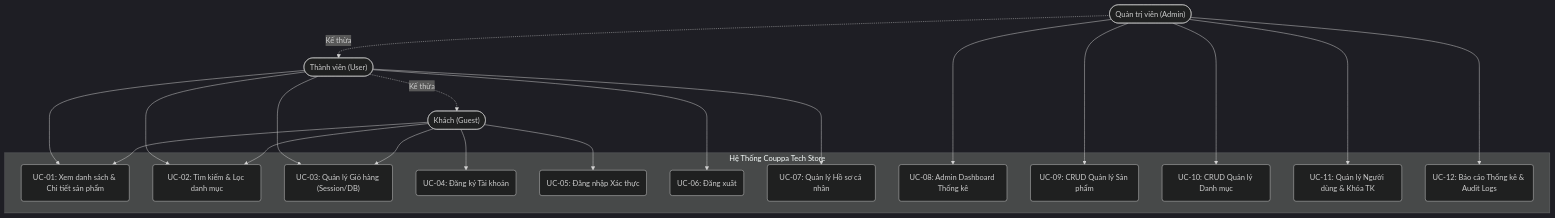
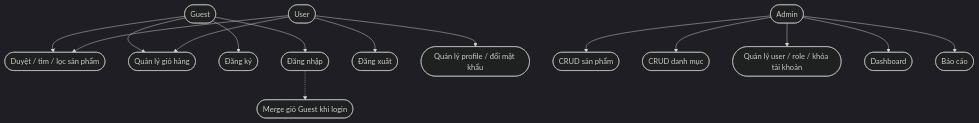
The second of 5 diagrams in BAO_CAO_DO_AN.md (dangdinhphuong/IT38.BTL.005---N8---08---LT-Web-N-ng-Cao), drawn with Mermaid (dark theme) before and after one commit. The commit also changed other lines of this file and 81 other files, not shown here.

````diff
--- a/BAO_CAO_DO_AN.md
+++ b/BAO_CAO_DO_AN.md
@@ -118,38 +233,34 @@
 ```mermaid
-graph TD
-    subgraph System ["Hệ Thống Couppa Tech Store"]
-        UC1("UC-01: Xem danh sách & Chi tiết sản phẩm")
-        UC2("UC-02: Tìm kiếm & Lọc danh mục")
-        UC3("UC-03: Quản lý Giỏ hàng (Session/DB)")
-        UC4("UC-04: Đăng ký Tài khoản")
-        UC5("UC-05: Đăng nhập Xác thực")
-        UC6("UC-06: Đăng xuất")
-        UC7("UC-07: Quản lý Hồ sơ cá nhân")
-        UC8("UC-08: Admin Dashboard Thống kê")
-        UC9("UC-09: CRUD Quản lý Sản phẩm")
-        UC10("UC-10: CRUD Quản lý Danh mục")
-        UC11("UC-11: Quản lý Người dùng & Khóa TK")
-        UC12("UC-12: Báo cáo Thống kê & Audit Logs")
-    end
+flowchart TB
+    Guest(["Guest"])
+    User(["User"])
+    Admin(["Admin"])
 
-    Guest(["Khách (Guest)"]) --> UC1
-    Guest --> UC2
-    Guest --> UC3
-    Guest --> UC4
-    Guest --> UC5
+    Browse(["Duyệt / tìm / lọc sản phẩm"])
+    Cart(["Quản lý giỏ hàng"])
+    Register(["Đăng ký"])
+    Login(["Đăng nhập"])
+    Logout(["Đăng xuất"])
+    Profile(["Quản lý profile / đổi mật khẩu"])
+    Merge(["Merge giỏ Guest khi login"])
+    ProductAdmin(["CRUD sản phẩm"])
+    CategoryAdmin(["CRUD danh mục"])
+    UserAdmin(["Quản lý user / role / khóa tài khoản"])
+    Dashboard(["Dashboard"])
+    Report(["Báo cáo"])
 
-    User(["Thành viên (User)"]) --> UC1
-    User --> UC2
-    User --> UC3
-    User --> UC6
-    User --> UC7
-
-    Admin(["Quản trị viên (Admin)"]) --> UC8
-    Admin --> UC9
-    Admin --> UC10
-    Admin --> UC11
-    Admin --> UC12
-
-    User -.->|Kế thừa| Guest
-    Admin -.->|Kế thừa| User
+    Guest --> Browse
+    Guest --> Cart
+    Guest --> Register
+    Guest --> Login
+    User --> Browse
+    User --> Cart
+    User --> Logout
+    User --> Profile
+    Login -.-> Merge
+    Admin --> ProductAdmin
+    Admin --> CategoryAdmin
+    Admin --> UserAdmin
+    Admin --> Dashboard
+    Admin --> Report
 ```
````
